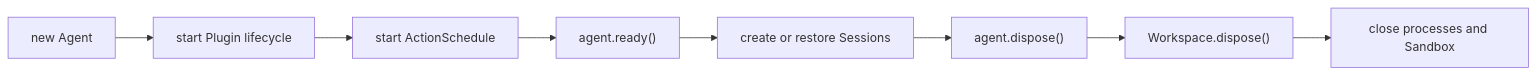
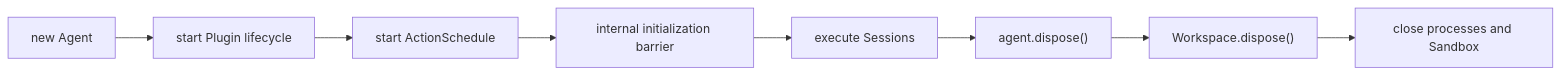
One commit to genesiscosmos/downcity changed the second of 2 diagrams in homepage/content/docs/en/agent/runtime-architecture.mdx. Above: the diagram before and after it, drawn with Mermaid. The commit also changed other lines of this file and 113 other files, not shown here.

````diff
--- a/homepage/content/docs/en/agent/runtime-architecture.mdx
+++ b/homepage/content/docs/en/agent/runtime-architecture.mdx
@@ -185,10 +185,10 @@
 ```mermaid
 flowchart LR
     Construct["new Agent"] --> Plugins["start Plugin lifecycle"]
     Plugins --> Schedule["start ActionSchedule"]
-    Schedule --> Ready["agent.ready()"]
-    Ready --> Running["create or restore Sessions"]
+    Schedule --> Barrier["internal initialization barrier"]
+    Barrier --> Running["execute Sessions"]
     Running --> Dispose["agent.dispose()"]
     Dispose --> Workspace["Workspace.dispose()"]
     Workspace --> Shell["close processes and Sandbox"]
 ```
````
